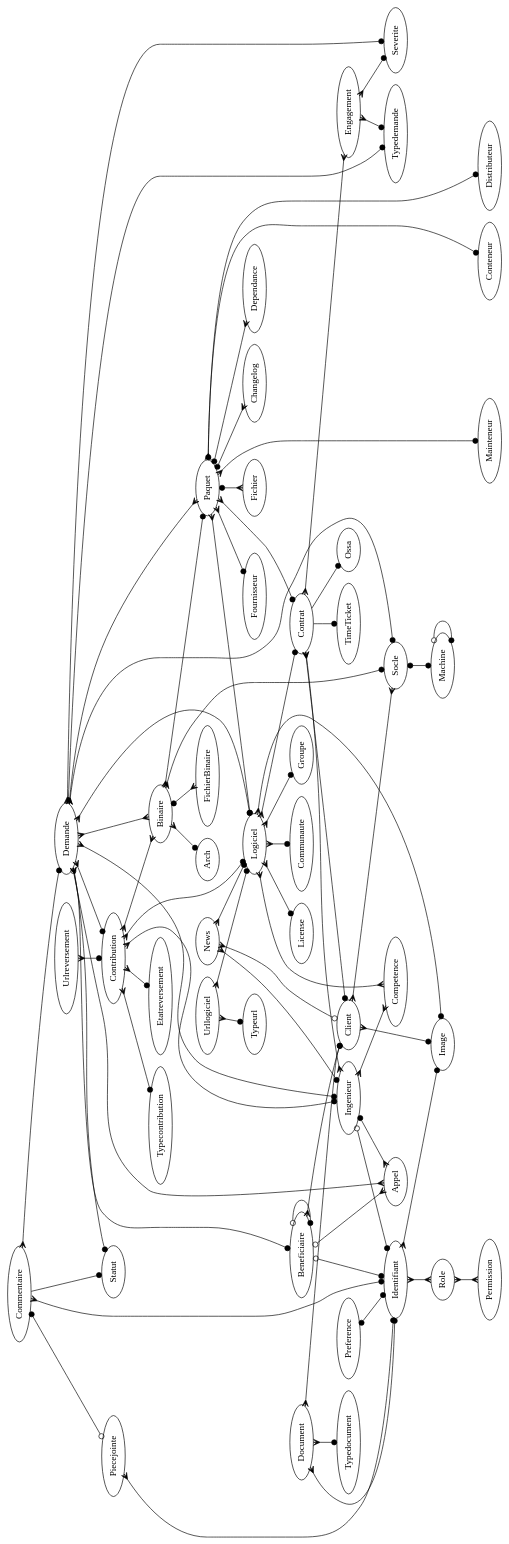
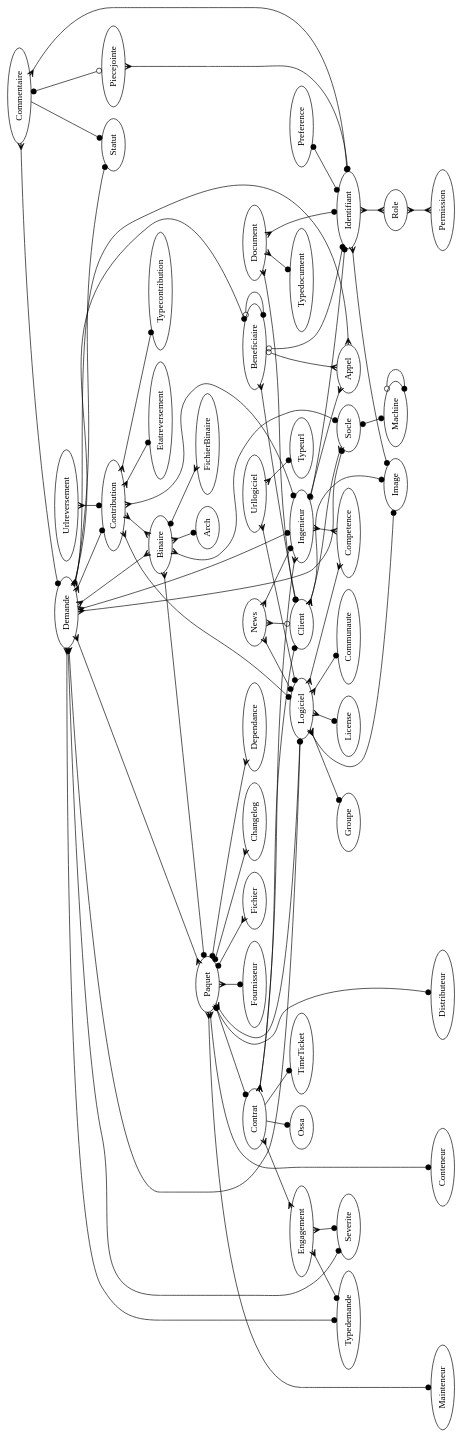
The diagram in doc/modele_donnee.dot (trivoallan/tosca), drawn with Graphviz before and after one commit. The commit also changed 2 other files, not shown here.

```diff
--- a/doc/modele_donnee.dot
+++ b/doc/modele_donnee.dot
@@ -1,90 +1,89 @@
 digraph x {
 
 rotate=90;
 
 {rank=max; Distributeur Mainteneur Conteneur }
 
 Binaire -> Paquet [arrowhead=dot,arrowtail=crow,dir=both]
 Binaire -> Socle [arrowhead=dot,dir=both,arrowtail=crow]
 Binaire -> Arch [arrowhead=dot,dir=both,arrowtail=crow]
 Binaire -> FichierBinaire [arrowhead=crow,dir=both,arrowtail=dot]
 
 Beneficiaire -> Identifiant [arrowhead=dot,arrowtail=odot,dir=both]
 Beneficiaire -> Appel [arrowhead=crow,arrowtail=odot,dir=both]
 Beneficiaire -> Client [arrowhead=dot,dir=both,arrowtail=crow]
 Beneficiaire -> Beneficiaire [arrowhead=dot,arrowtail=odot,dir=both]
 
 Client -> Image [arrowhead=dot,dir=both,arrowtail=crow]
 Client -> Socle [arrowhead=crow,dir=both,arrowtail=crow]
 
 Commentaire -> Demande [arrowhead=dot,dir=both,arrowtail=crow]
 Commentaire -> Identifiant [arrowhead=dot,dir=both,arrowtail=crow]
 Commentaire -> Piecejointe [arrowhead=odot,dir=both,arrowtail=dot]
 Commentaire -> Statut [arrowhead=dot]
 
 Contrat -> Client [arrowhead=dot,dir=both,arrowtail=crow]
 Contrat -> Ingenieur [arrowhead=crow,arrowtail=crow,dir=both]
 Contrat -> Engagement [arrowhead=crow,arrowtail=crow,dir=both]
 Contrat -> Ossa [arrowhead=dot,arrowtail=crow]
 Contrat -> TimeTicket [arrowhead=dot,arrowtail=crow]
 
 Identifiant -> Image [arrowhead=dot,dir=both,arrowtail=crow]
 Identifiant -> Role [arrowhead=crow,arrowtail=crow,dir=both]
 Ingenieur -> Competence [arrowhead=crow,arrowtail=crow,dir=both]
 Ingenieur -> Identifiant [arrowhead=dot,arrowtail=odot,dir=both]
 Ingenieur -> Appel [arrowhead=crow,dir=both,arrowtail=dot]
 
 Logiciel -> Competence [arrowhead=crow,arrowtail=crow,dir=both]
 Logiciel -> License [arrowhead=dot,dir=both,arrowtail=crow]
 Logiciel -> Communaute [arrowhead=dot,dir=both,arrowtail=crow]
 Logiciel -> Groupe [arrowhead=dot,dir=both,arrowtail=crow]
 Logiciel -> Image [arrowhead=dot,dir=both,arrowtail=crow]
-Logiciel -> Contrat [arrowhead=dot,dir=both,arrowtail=crow]
 
 
 News -> Ingenieur [arrowhead=dot,dir=both,arrowtail=crow]
 News -> Client [arrowhead=odot,dir=both,arrowtail=crow]
 News -> Logiciel [arrowhead=dot,dir=both,arrowtail=crow]
 
 
 Paquet -> Logiciel [arrowhead=dot,dir=both,arrowtail=crow]
 Paquet -> Fournisseur [arrowhead=dot,dir=both,arrowtail=crow]
 Paquet -> Fichier [arrowhead=crow,dir=both,arrowtail=dot]
 Paquet -> Contrat [arrowhead=dot,dir=both,arrowtail=crow]
 Paquet -> Changelog [arrowhead=crow,dir=both,arrowtail=dot]
 Paquet -> Distributeur [arrowhead=dot,dir=both,arrowtail=dot]
 Paquet -> Dependance [arrowhead=crow,dir=both,arrowtail=dot]
 Paquet -> Mainteneur [arrowhead=dot,dir=both,arrowtail=crow]
 Paquet -> Conteneur [arrowhead=dot,dir=both,arrowtail=crow]
 Preference -> Identifiant [arrowhead=dot,arrowtail=dot,dir=both]
 Socle -> Machine [arrowhead=dot,dir=both,arrowtail=dot]
 Machine -> Machine [arrowhead=dot,dir=both,arrowtail=odot]
 Demande -> Typedemande [arrowhead=dot,dir=both,arrowtail=crow]
 Demande -> Logiciel [arrowhead=dot,dir=both,arrowtail=crow]
 Demande -> Severite [arrowhead=dot,dir=both,arrowtail=crow]
 Demande -> Beneficiaire [arrowhead=dot,dir=both,arrowtail=crow]
 Demande -> Socle [arrowhead=dot,dir=both,arrowtail=crow]
 Demande -> Statut [arrowhead=dot,dir=both,arrowtail=crow]
 Demande -> Ingenieur [arrowhead=dot,dir=both,arrowtail=crow]
 Demande -> Binaire [arrowhead=crow,arrowtail=crow,dir=both]
 Demande -> Paquet [arrowhead=crow,arrowtail=crow,dir=both]
 Demande -> Appel [arrowhead=crow,arrowtail=odot,dir=both]
 Urllogiciel -> Logiciel [arrowhead=dot,dir=both,arrowtail=crow]
 Urllogiciel -> Typeurl [arrowhead=dot,dir=both,arrowtail=crow]
 Engagement -> Severite [arrowhead=dot,dir=both,arrowtail=crow]
 Engagement -> Typedemande [arrowhead=dot,dir=both,arrowtail=crow]
 Role -> Permission [arrowhead=crow,arrowtail=crow,dir=both]
 Contribution -> Binaire [arrowhead=crow,arrowtail=crow,dir=both]
 Urlreversement -> Contribution [arrowhead=dot,dir=both,arrowtail=crow]
 Demande -> Contribution [arrowhead=dot,dir=both,arrowtail=crow]
 Contribution -> Etatreversement [arrowhead=dot,dir=both,arrowtail=crow]
 Contribution -> Typecontribution [arrowhead=dot,dir=both,arrowtail=crow]
 Contribution -> Logiciel [arrowhead=dot,dir=both,arrowtail=crow]
 Contribution -> Ingenieur [arrowhead=dot,dir=both,arrowtail=crow]
 Piecejointe -> Identifiant [arrowtail=crow,dir=both,arrowhead=dot]
 Document -> Client [arrowhead=dot,dir=both,arrowtail=crow]
 Document -> Typedocument [arrowhead=dot,dir=both,arrowtail=crow]
 Document -> Identifiant [arrowhead=dot,dir=both,arrowtail=crow]
 
 
 }
```
